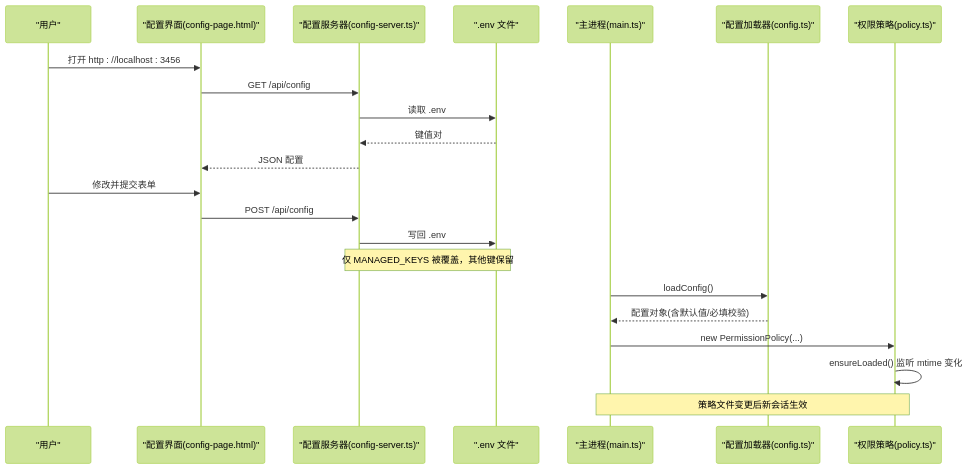
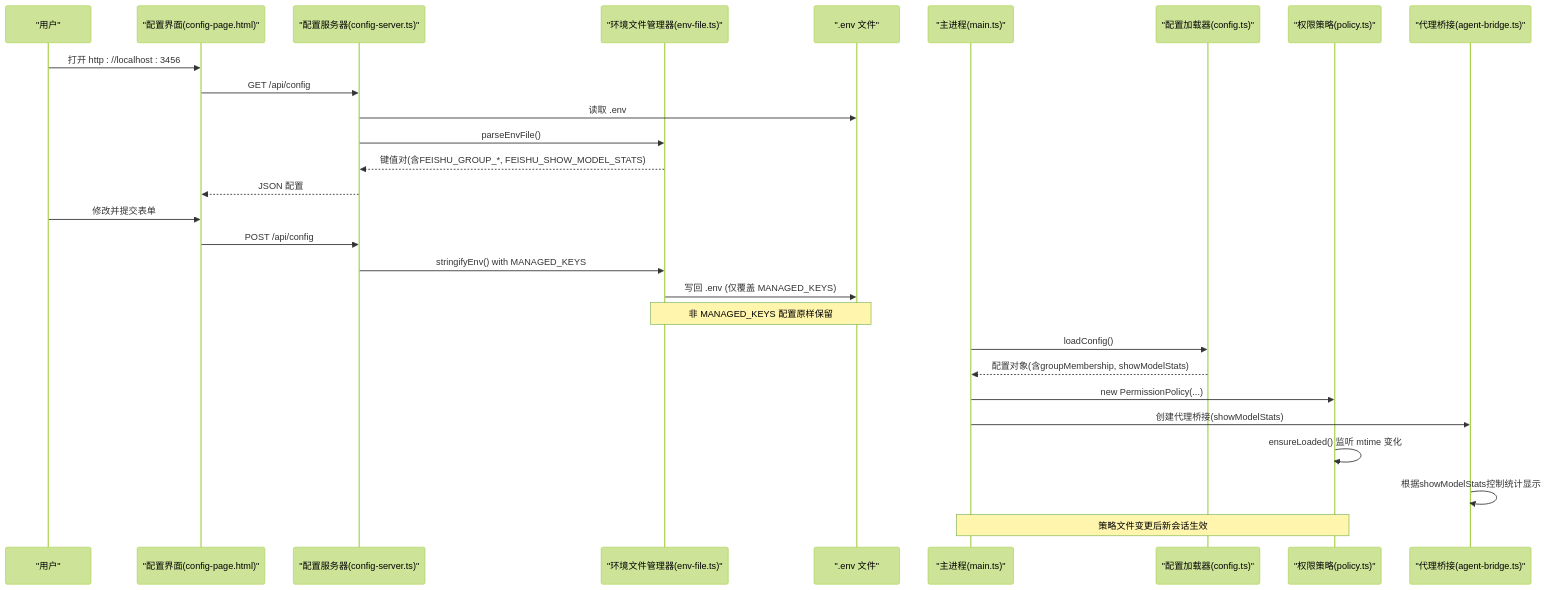
One commit to HeXiaoShu520/feishu-pi changed the second of 3 diagrams in .qoder/repowiki/zh/content/配置管理.md. Above: the diagram before and after it, drawn with Mermaid (forest theme). The commit also changed other lines of this file and 47 other files, not shown here.

````diff
--- a/.qoder/repowiki/zh/content/配置管理.md
+++ b/.qoder/repowiki/zh/content/配置管理.md
@@ -84,24 +114,30 @@
 ```mermaid
 sequenceDiagram
 participant U as "用户"
 participant UI as "配置界面(config-page.html)"
 participant S as "配置服务器(config-server.ts)"
+participant EF as "环境文件管理器(env-file.ts)"
 participant FS as ".env 文件"
 participant M as "主进程(main.ts)"
 participant C as "配置加载器(config.ts)"
 participant P as "权限策略(policy.ts)"
+participant AB as "代理桥接(agent-bridge.ts)"
 U->>UI : 打开 http : //localhost : 3456
 UI->>S : GET /api/config
 S->>FS : 读取 .env
-FS-->>S : 键值对
+S->>EF : parseEnvFile()
+EF-->>S : 键值对(含FEISHU_GROUP_*, FEISHU_SHOW_MODEL_STATS)
 S-->>UI : JSON 配置
 U->>UI : 修改并提交表单
 UI->>S : POST /api/config
-S->>FS : 写回 .env
-Note over S,FS : 仅 MANAGED_KEYS 被覆盖，其他键保留
+S->>EF : stringifyEnv() with MANAGED_KEYS
+EF->>FS : 写回 .env (仅覆盖 MANAGED_KEYS)
+Note over EF,FS : 非 MANAGED_KEYS 配置原样保留
 M->>C : loadConfig()
-C-->>M : 配置对象(含默认值/必填校验)
+C-->>M : 配置对象(含groupMembership, showModelStats)
 M->>P : new PermissionPolicy(...)
+M->>AB : 创建代理桥接(showModelStats)
 P->>P : ensureLoaded() 监听 mtime 变化
+AB->>AB : 根据showModelStats控制统计显示
 Note over P,M : 策略文件变更后新会话生效
 ```
````
